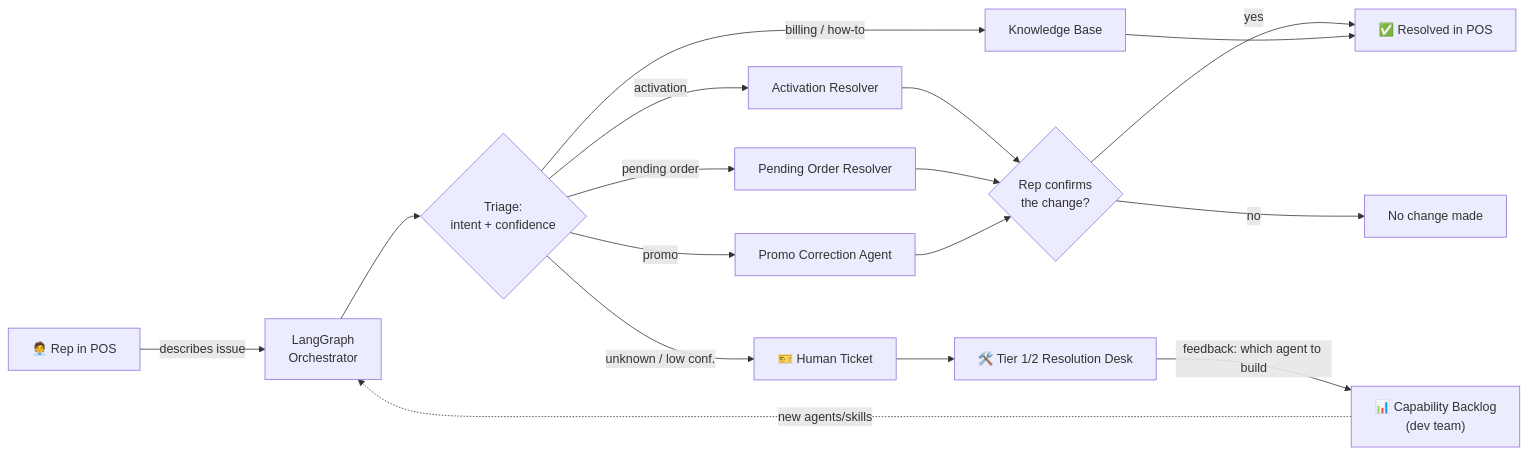
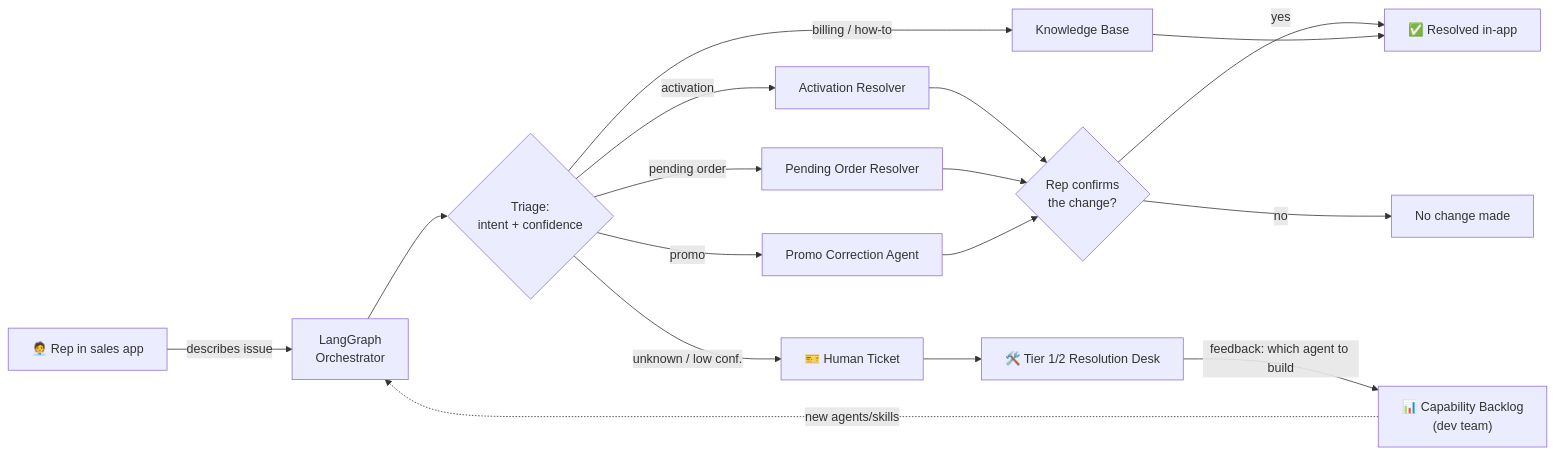
One commit to gmilhon/RepAssist changed the diagram in README.md. Above: the diagram before and after it, drawn with Mermaid. The commit also changed other lines of this file and 8 other files, not shown here.

````diff
--- a/README.md
+++ b/README.md
@@ -76,17 +103,17 @@
 ```mermaid
 flowchart LR
-    Rep["🧑‍💼 Rep in POS"] -->|"describes issue"| Orch["LangGraph<br/>Orchestrator"]
+    Rep["🧑‍💼 Rep in sales app"] -->|"describes issue"| Orch["LangGraph<br/>Orchestrator"]
     Orch --> Triage{"Triage:<br/>intent + confidence"}
     Triage -->|activation| A["Activation Resolver"]
     Triage -->|pending order| P["Pending Order Resolver"]
     Triage -->|promo| M["Promo Correction Agent"]
     Triage -->|billing / how-to| K["Knowledge Base"]
     Triage -->|unknown / low conf.| T["🎫 Human Ticket"]
     A & P & M --> Confirm{"Rep confirms<br/>the change?"}
-    Confirm -->|yes| Done["✅ Resolved in POS"]
+    Confirm -->|yes| Done["✅ Resolved in-app"]
     Confirm -->|no| Done2["No change made"]
     K --> Done
     T --> Desk["🛠️ Tier 1/2 Resolution Desk"]
     Desk -->|"feedback: which agent to build"| Backlog["📊 Capability Backlog<br/>(dev team)"]
     Backlog -.->|"new agents/skills"| Orch
 ```
````
